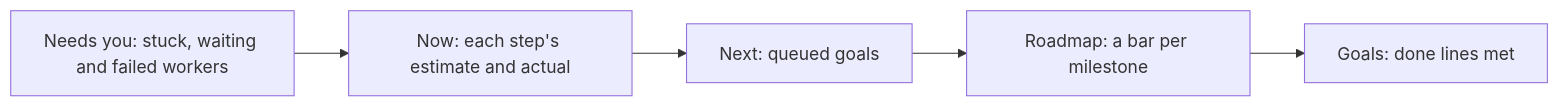
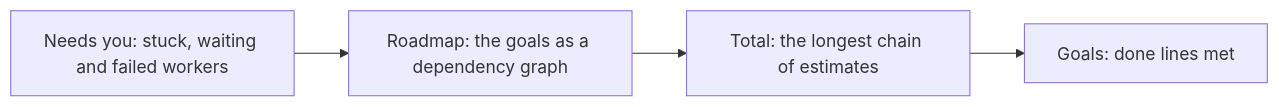
Before and after one commit to jcl2018/agent-workflow-template: diagram 17 of 17 in skills/workflow-monitoring/references/commands.md, drawn with Mermaid. The commit also changed other lines of this file and 17 other files, not shown here.

Commit message:
Show the roadmap as a dependency graph in the status block and board

````diff
--- a/skills/workflow-monitoring/references/commands.md
+++ b/skills/workflow-monitoring/references/commands.md
@@ -388,12 +390,10 @@
 ```mermaid
 flowchart LR
   a["Needs you: stuck, waiting and failed workers"]
-  b["Now: each step's estimate and actual"]
-  c["Next: queued goals"]
-  d["Roadmap: a bar per milestone"]
-  e["Goals: done lines met"]
+  b["Roadmap: the goals as a dependency graph"]
+  c["Total: the longest chain of estimates"]
+  d["Goals: done lines met"]
   a --> b
   b --> c
   c --> d
-  d --> e
 ```
````
